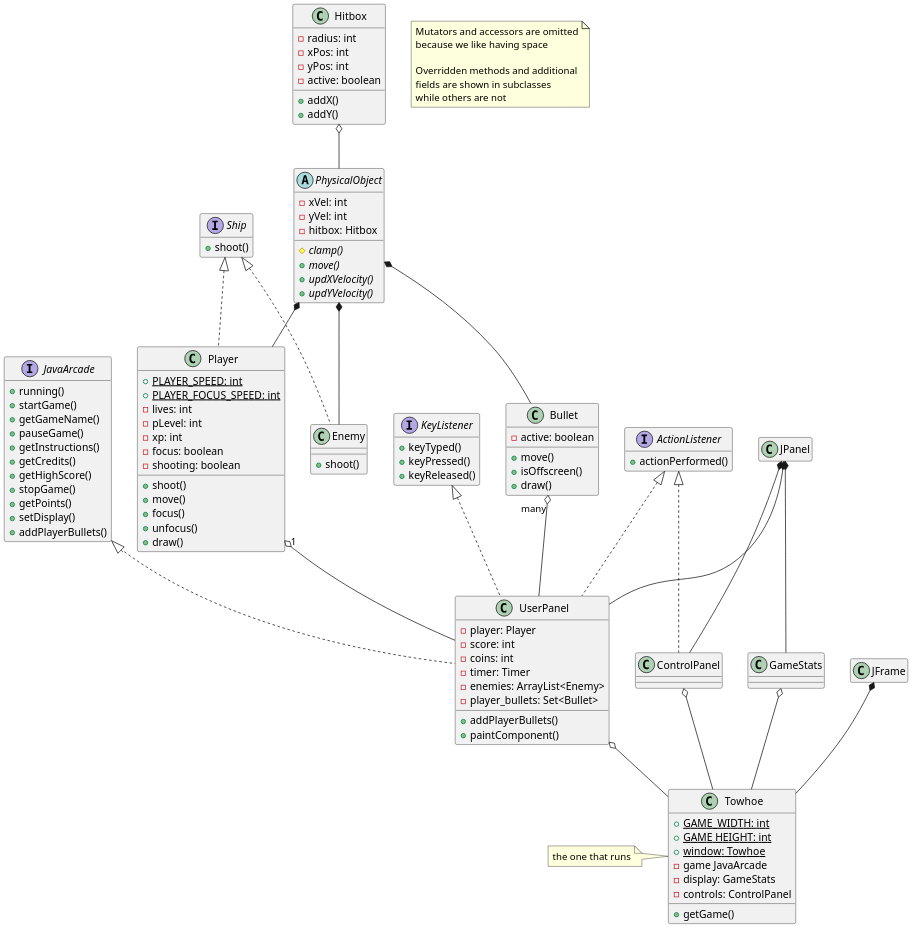
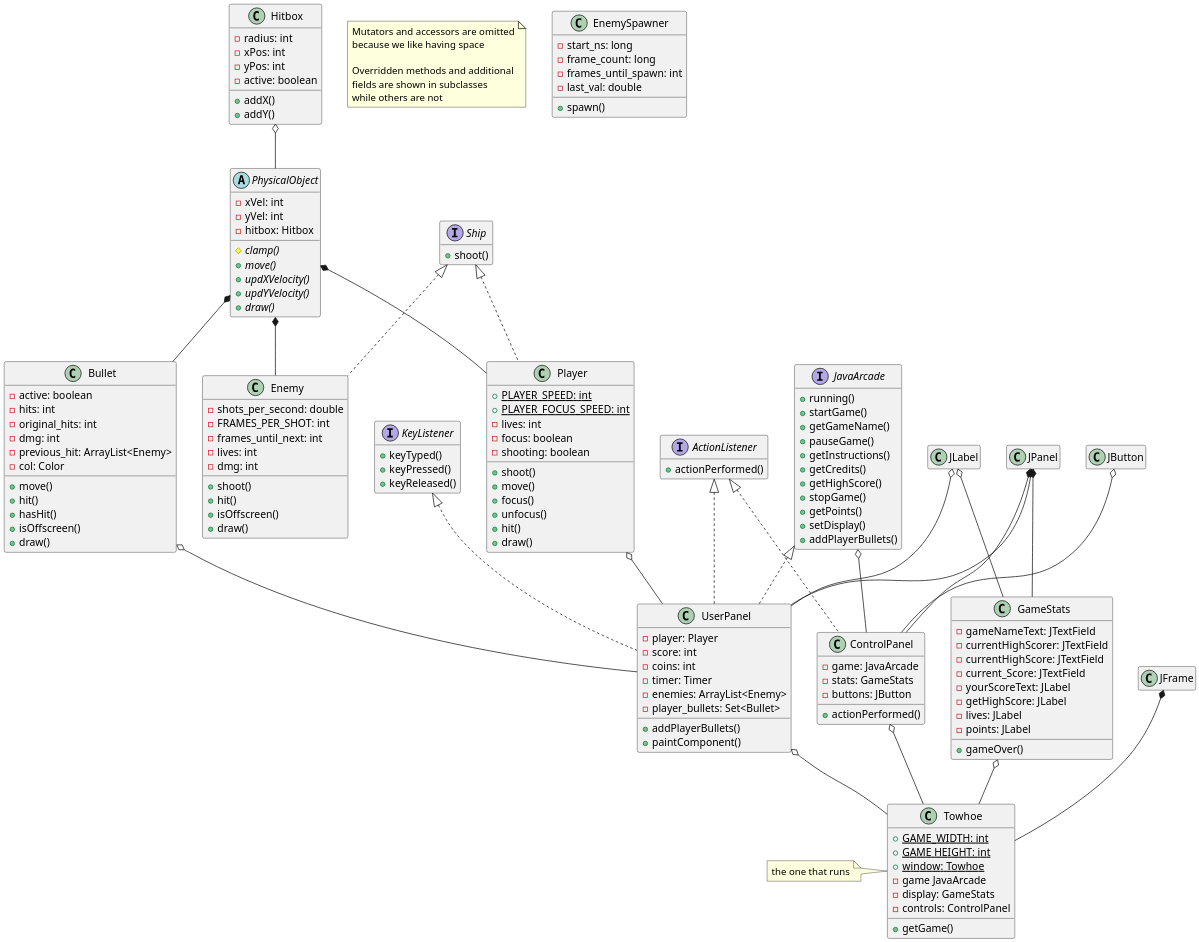
Before and after one commit to jorjiiie/towhoe-6-embodiment-of-stupid-dummies: the diagram in Towhoe-6/Towhoe.iuml, drawn with PlantUML. The commit also changed 1 other file, not shown here.

Commit message:
update uml

```diff
--- a/Towhoe-6/Towhoe.iuml
+++ b/Towhoe-6/Towhoe.iuml
@@ -13,146 +13,193 @@
 @startuml Towhoe 6
 scale 2
 note "Mutators and accessors are omitted\nbecause we like having space\n\nOverridden methods and additional\nfields are shown in subclasses\nwhile others are not" as N1
 ' Hitbox and dependencies
 class Hitbox {
     -radius: int
     -xPos: int 
     -yPos: int
     -active: boolean
     +addX()    
     +addY()
 }
 ' PhysicalObject and dependencies
 abstract PhysicalObject {
     -xVel: int
     -yVel: int
     -hitbox: Hitbox
     {abstract} #clamp()
     {abstract} +move()
     {abstract} +updXVelocity()
     {abstract} +updYVelocity()
+    {abstract} +draw()
 }
 Hitbox  o-- PhysicalObject  
 
 ' Bullet and dependencies
 class Bullet {
     -active: boolean
+    -hits: int
+    -original_hits: int
+    -dmg: int
+    -previous_hit: ArrayList<Enemy>
+    -col: Color
     +move()
+    +hit()
+    +hasHit()
     +isOffscreen()
     +draw()
+    
 }
 PhysicalObject *--  Bullet   
 
 ' Player and dependencies
 interface Ship {
     +shoot()
 }
 hide Ship fields
 
 class Player {
     {static} +PLAYER_SPEED: int
     {static} +PLAYER_FOCUS_SPEED: int
     -lives: int
-    -pLevel: int
-    -xp: int
     -focus: boolean 
     -shooting: boolean 
     +shoot()
     +move()
     +focus()
     +unfocus()
+    +hit()
     +draw()
 }
 PhysicalObject  *--     Player  
 Ship            <|..    Player  
 
 ' Enemy and dependencies
 class Enemy {
+    -shots_per_second: double
+    -FRAMES_PER_SHOT: int
+    -frames_until_next: int
+    -lives: int
+    -dmg: int
     +shoot()
+    +hit()
+    +isOffscreen()
+    +draw()
 }
 PhysicalObject  *--     Enemy   
 Ship            <|..    Enemy   
 
 ' UserPanel and dependencies
 interface JavaArcade {
     +running()
     +startGame()
     +getGameName()
     +pauseGame()
     +getInstructions()
     +getCredits()
     +getHighScore()
     +stopGame()
     +getPoints()
     +setDisplay()
     +addPlayerBullets()
 }
 hide JavaArcade fields
 
 interface KeyListener{
     +keyTyped()
     +keyPressed()
     +keyReleased()
 }
 hide KeyListener fields
 
 interface ActionListener {
     +actionPerformed()
 }
 hide ActionListener fields
 
 class JPanel
 hide JPanel fields
 hide JPanel methods
 
+class JLabel
+hide JLabel fields
+hide JLabel methods
+
 class UserPanel {
     -player: Player
     -score: int
     -coins: int
     -timer: Timer
     -enemies: ArrayList<Enemy>
     -player_bullets: Set<Bullet>
     +addPlayerBullets()
     +paintComponent()
 }
 KeyListener     <|..    UserPanel   
 ActionListener  <|..    UserPanel   
 JavaArcade      <|..    UserPanel   
 JPanel          *--     UserPanel   
-Player "1"      o--     UserPanel   
-Bullet "many"   o--     UserPanel   
+Player          o--     UserPanel   
+Bullet          o--     UserPanel   
+JLabel          o--     UserPanel   
 
 ' GameStats and dependencies
 class GameStats {
-    ' TODO
+    -gameNameText: JTextField
+    -currentHighScorer: JTextField
+    -currentHighScore: JTextField
+    -current_Score: JTextField
+    -yourScoreText: JLabel
+    -getHighScore: JLabel
+    -lives: JLabel
+    -points: JLabel
+    +gameOver()
 }
 JPanel          *--     GameStats   
+JLabel          o--     GameStats  
+
+class JButton
+hide JButton fields
+hide JButton methods
 
 ' ControlPanel and dependencies
 class ControlPanel {
-    ' TOODO
+    -game: JavaArcade
+    -stats: GameStats
+    -buttons: JButton
+    +actionPerformed()
 }
 ActionListener  <|..    ControlPanel   
-JPanel          *--     ControlPanel   
+JPanel          *--     ControlPanel
+JavaArcade      o--     ControlPanel
+JButton         o--     ControlPanel
 
 ' Towhoe and dependencies
 class JFrame
 hide JFrame fields
 hide JFrame methods
 
 class Towhoe {
     +{static} GAME_WIDTH: int
     +{static} GAME HEIGHT: int
     +{static} window: Towhoe
     -game JavaArcade
     -display: GameStats
     -controls: ControlPanel
     +getGame()
 }
 JFrame          *--     Towhoe      
 UserPanel       o--     Towhoe      
 GameStats       o--     Towhoe      
 ControlPanel       o--     Towhoe      
 note left           : the one that runs
 
+class EnemySpawner {
+    -start_ns: long
+    -frame_count: long
+    -frames_until_spawn: int
+    -last_val: double
+    +spawn()
+}
+
 @enduml
```
